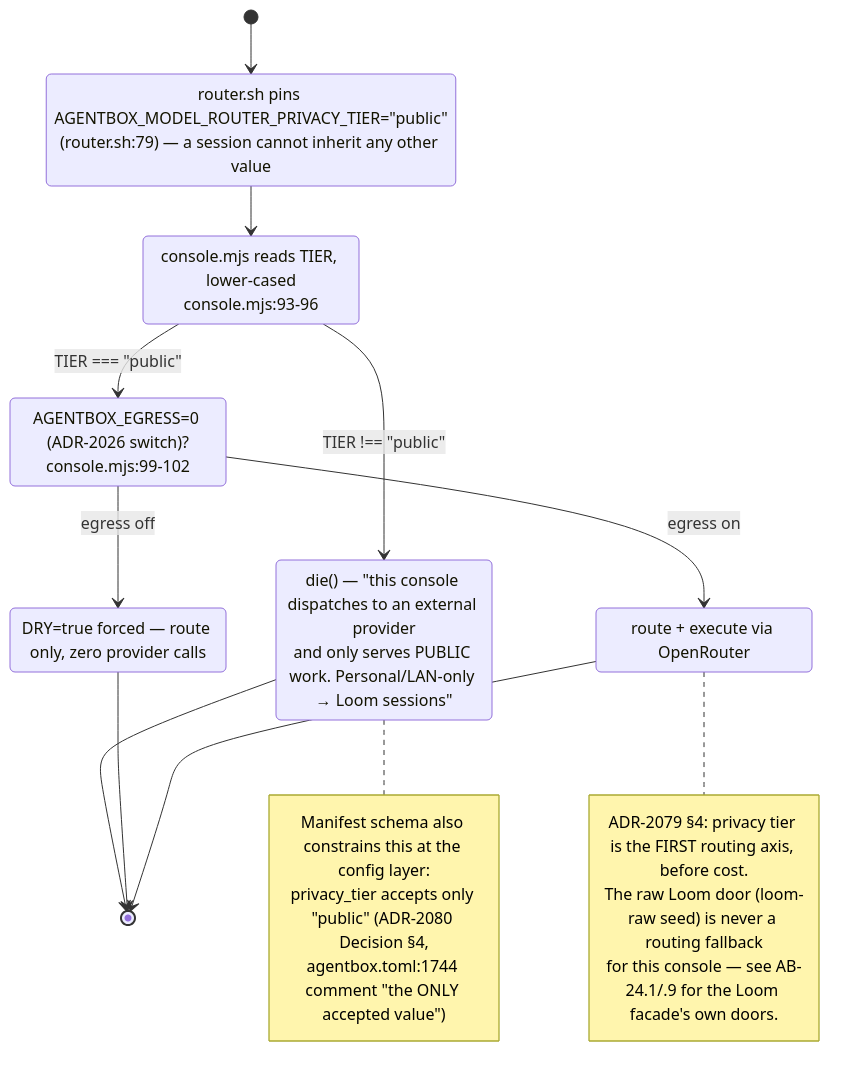
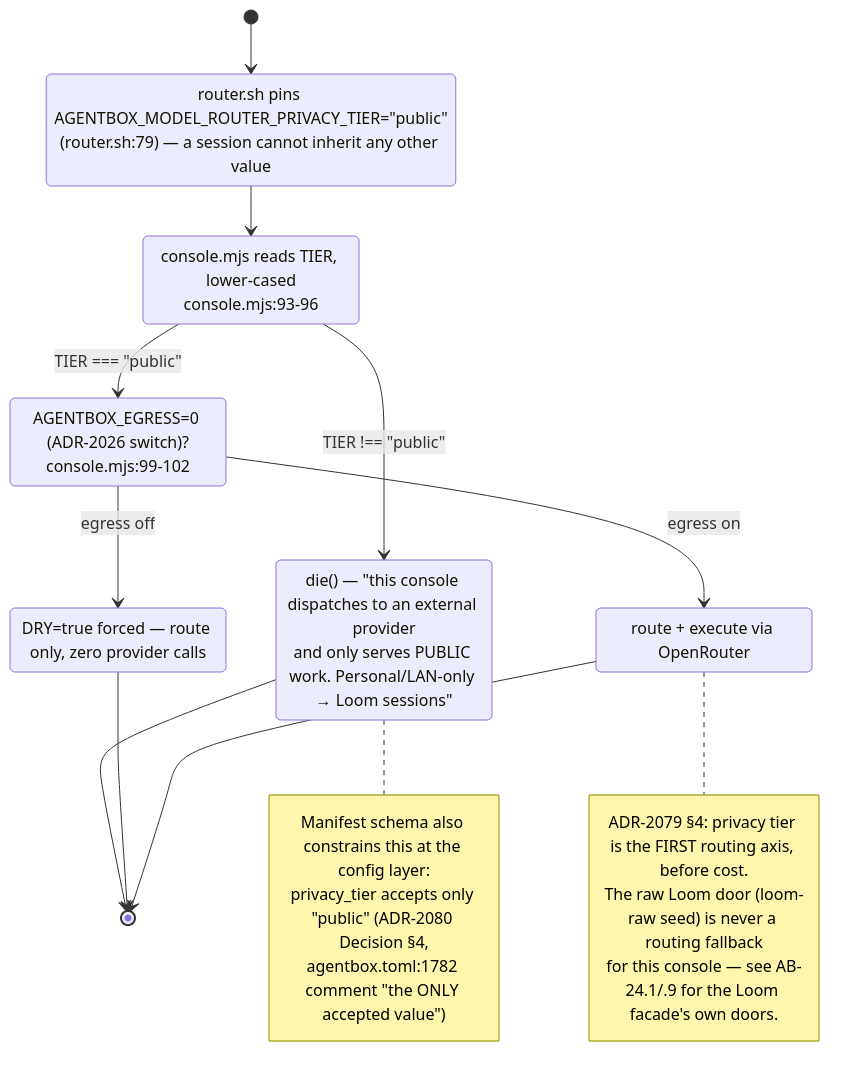
One commit to DreamLab-AI/VisionFlow changed the sixth of 9 diagrams in docs/diagrams/agentbox/29-metaharness-router-console.md. Above: the diagram before and after it, drawn with Mermaid. The commit also changed other lines of this file and 173 other files, not shown here.

````diff
--- a/docs/diagrams/agentbox/29-metaharness-router-console.md
+++ b/docs/diagrams/agentbox/29-metaharness-router-console.md
@@ -217,28 +217,28 @@
 ```mermaid
 stateDiagram-v2
     [*] --> WrapperCheck
     WrapperCheck: router.sh pins AGENTBOX_MODEL_ROUTER_PRIVACY_TIER="public"<br/>(router.sh:79) — a session cannot inherit any other value
     WrapperCheck --> ConsoleCheck
     ConsoleCheck: console.mjs reads TIER, lower-cased<br/>console.mjs:93-96
     ConsoleCheck --> Refused: TIER !== "public"
     ConsoleCheck --> EgressCheck: TIER === "public"
     Refused: die() — "this console dispatches to an external provider<br/>and only serves PUBLIC work. Personal/LAN-only → Loom sessions"
     Refused --> [*]
     EgressCheck: AGENTBOX_EGRESS=0 (ADR-2026 switch)?<br/>console.mjs:99-102
     EgressCheck --> DryRunForced: egress off
     EgressCheck --> NormalRun: egress on
     DryRunForced: DRY=true forced — route only, zero provider calls
     NormalRun: route + execute via OpenRouter
     DryRunForced --> [*]
     NormalRun --> [*]
     note right of Refused
         Manifest schema also constrains this at the config layer:
         privacy_tier accepts only "public" (ADR-2080 Decision §4,
-        agentbox.toml:1744 comment "the ONLY accepted value")
+        agentbox.toml:1782 comment "the ONLY accepted value")
     end note
     note right of NormalRun
         ADR-2079 §4: privacy tier is the FIRST routing axis, before cost.
         The raw Loom door (loom-raw seed) is never a routing fallback
         for this console — see AB-24.1/.9 for the Loom facade's own doors.
     end note
 ```
````
